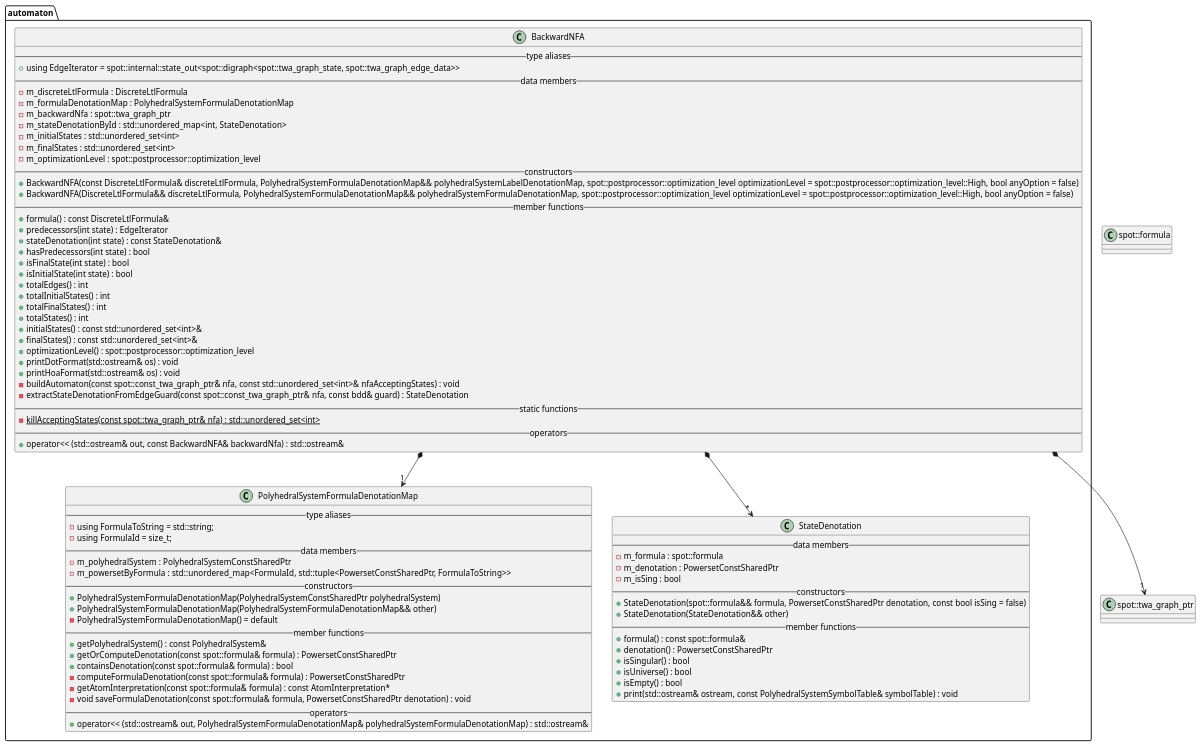
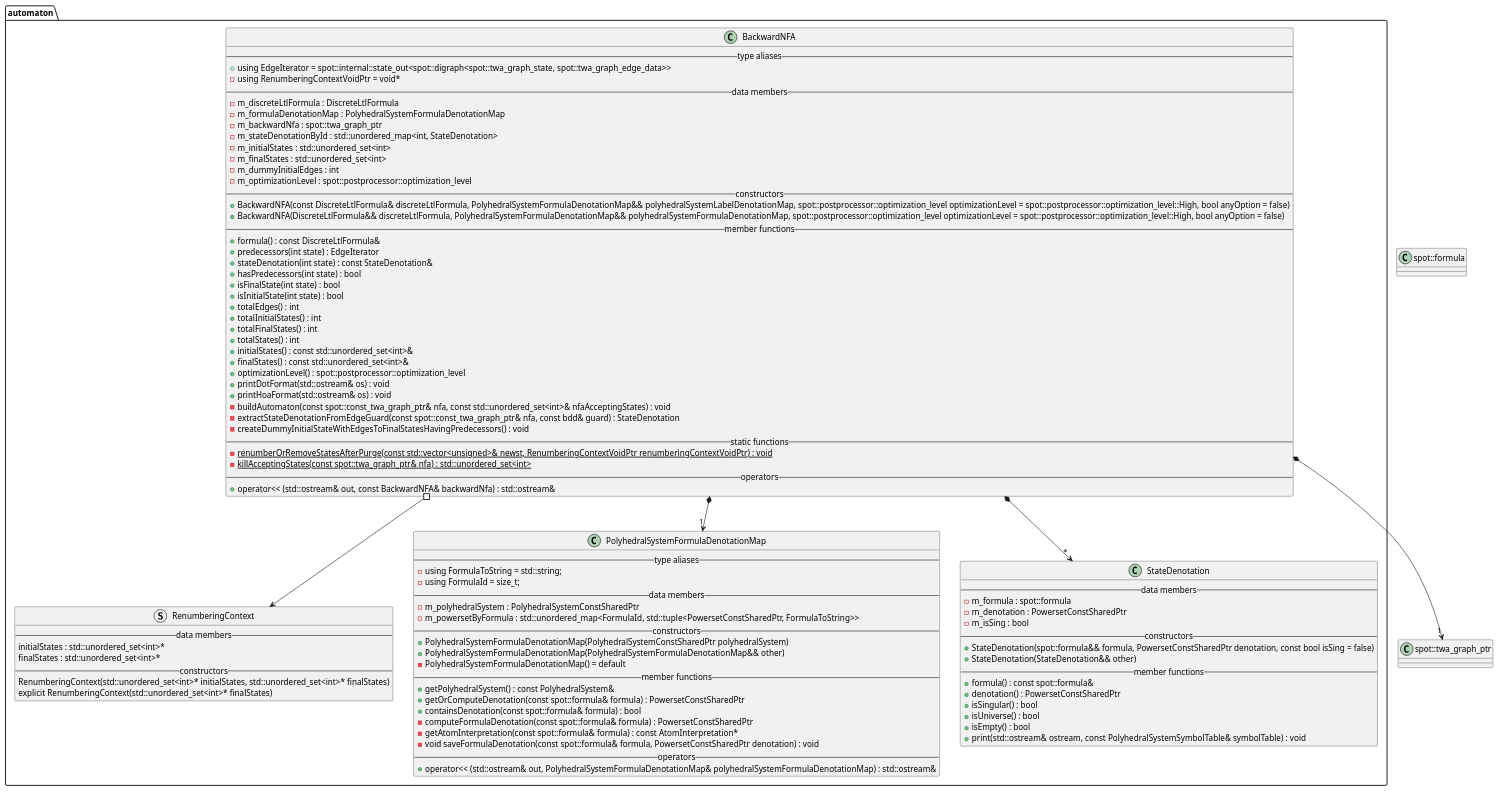
Before and after one commit to vtramo/rtl-mc: the diagram in docs/plantuml/automaton.puml, drawn with PlantUML. The commit also changed 2 other files, not shown here.

```diff
--- a/docs/plantuml/automaton.puml
+++ b/docs/plantuml/automaton.puml
@@ -1,89 +1,103 @@
 @startuml
 
 /' Objects '/
 package automaton {
     class BackwardNFA {
         --type aliases--
         +using EdgeIterator = spot::internal::state_out<spot::digraph<spot::twa_graph_state, spot::twa_graph_edge_data>>
+        -using RenumberingContextVoidPtr = void*
         --data members--
         -m_discreteLtlFormula : DiscreteLtlFormula
         -m_formulaDenotationMap : PolyhedralSystemFormulaDenotationMap
         -m_backwardNfa : spot::twa_graph_ptr
         -m_stateDenotationById : std::unordered_map<int, StateDenotation>
         -m_initialStates : std::unordered_set<int>
         -m_finalStates : std::unordered_set<int>
+        -m_dummyInitialEdges : int
         -m_optimizationLevel : spot::postprocessor::optimization_level
         --constructors--
         +BackwardNFA(const DiscreteLtlFormula& discreteLtlFormula, PolyhedralSystemFormulaDenotationMap&& polyhedralSystemLabelDenotationMap, spot::postprocessor::optimization_level optimizationLevel = spot::postprocessor::optimization_level::High, bool anyOption = false)
         +BackwardNFA(DiscreteLtlFormula&& discreteLtlFormula, PolyhedralSystemFormulaDenotationMap&& polyhedralSystemFormulaDenotationMap, spot::postprocessor::optimization_level optimizationLevel = spot::postprocessor::optimization_level::High, bool anyOption = false)
         --member functions--
         +formula() : const DiscreteLtlFormula&
         +predecessors(int state) : EdgeIterator
         +stateDenotation(int state) : const StateDenotation&
         +hasPredecessors(int state) : bool
         +isFinalState(int state) : bool
         +isInitialState(int state) : bool
         +totalEdges() : int
         +totalInitialStates() : int
         +totalFinalStates() : int
         +totalStates() : int
         +initialStates() : const std::unordered_set<int>&
         +finalStates() : const std::unordered_set<int>&
         +optimizationLevel() : spot::postprocessor::optimization_level
         +printDotFormat(std::ostream& os) : void
         +printHoaFormat(std::ostream& os) : void
         -buildAutomaton(const spot::const_twa_graph_ptr& nfa, const std::unordered_set<int>& nfaAcceptingStates) : void
         -extractStateDenotationFromEdgeGuard(const spot::const_twa_graph_ptr& nfa, const bdd& guard) : StateDenotation
+        -createDummyInitialStateWithEdgesToFinalStatesHavingPredecessors() : void
         --static functions--
-        - {static} killAcceptingStates(const spot::twa_graph_ptr& nfa) : std::unordered_set<int>
+        -{static} renumberOrRemoveStatesAfterPurge(const std::vector<unsigned>& newst, RenumberingContextVoidPtr renumberingContextVoidPtr) : void
+        -{static} killAcceptingStates(const spot::twa_graph_ptr& nfa) : std::unordered_set<int>
         --operators--
         +operator<< (std::ostream& out, const BackwardNFA& backwardNfa) : std::ostream&
+    }
+
+    struct RenumberingContext {
+        --data members--
+        initialStates : std::unordered_set<int>*
+        finalStates : std::unordered_set<int>*
+        --constructors--
+        RenumberingContext(std::unordered_set<int>* initialStates, std::unordered_set<int>* finalStates)
+        explicit RenumberingContext(std::unordered_set<int>* finalStates)
     }
 
     class PolyhedralSystemFormulaDenotationMap {
         --type aliases--
         -using FormulaToString = std::string;
         -using FormulaId = size_t;
         --data members--
         -m_polyhedralSystem : PolyhedralSystemConstSharedPtr
         -m_powersetByFormula : std::unordered_map<FormulaId, std::tuple<PowersetConstSharedPtr, FormulaToString>>
         --constructors--
         +PolyhedralSystemFormulaDenotationMap(PolyhedralSystemConstSharedPtr polyhedralSystem)
         +PolyhedralSystemFormulaDenotationMap(PolyhedralSystemFormulaDenotationMap&& other)
         -PolyhedralSystemFormulaDenotationMap() = default
         --member functions--
         +getPolyhedralSystem() : const PolyhedralSystem&
         +getOrComputeDenotation(const spot::formula& formula) : PowersetConstSharedPtr
         +containsDenotation(const spot::formula& formula) : bool
         -computeFormulaDenotation(const spot::formula& formula) : PowersetConstSharedPtr
         -getAtomInterpretation(const spot::formula& formula) : const AtomInterpretation*
         -void saveFormulaDenotation(const spot::formula& formula, PowersetConstSharedPtr denotation) : void
         --operators--
         +operator<< (std::ostream& out, PolyhedralSystemFormulaDenotationMap& polyhedralSystemFormulaDenotationMap) : std::ostream&
     }
 
     class StateDenotation {
         --data members--
         -m_formula : spot::formula
         -m_denotation : PowersetConstSharedPtr
         -m_isSing : bool
         --constructors--
         +StateDenotation(spot::formula&& formula, PowersetConstSharedPtr denotation, const bool isSing = false)
         +StateDenotation(StateDenotation&& other)
         --member functions--
         +formula() : const spot::formula&
         +denotation() : PowersetConstSharedPtr
         +isSingular() : bool
         +isUniverse() : bool
         +isEmpty() : bool
         +print(std::ostream& ostream, const PolyhedralSystemSymbolTable& symbolTable) : void
     }
 }
 
 class spot::twa_graph_ptr {}
 class spot::formula {}
 
 BackwardNFA *--> "1" spot::twa_graph_ptr
 BackwardNFA *--> "1" PolyhedralSystemFormulaDenotationMap
 BackwardNFA *--> "*" StateDenotation
+BackwardNFA #--> RenumberingContext
 @enduml
```
